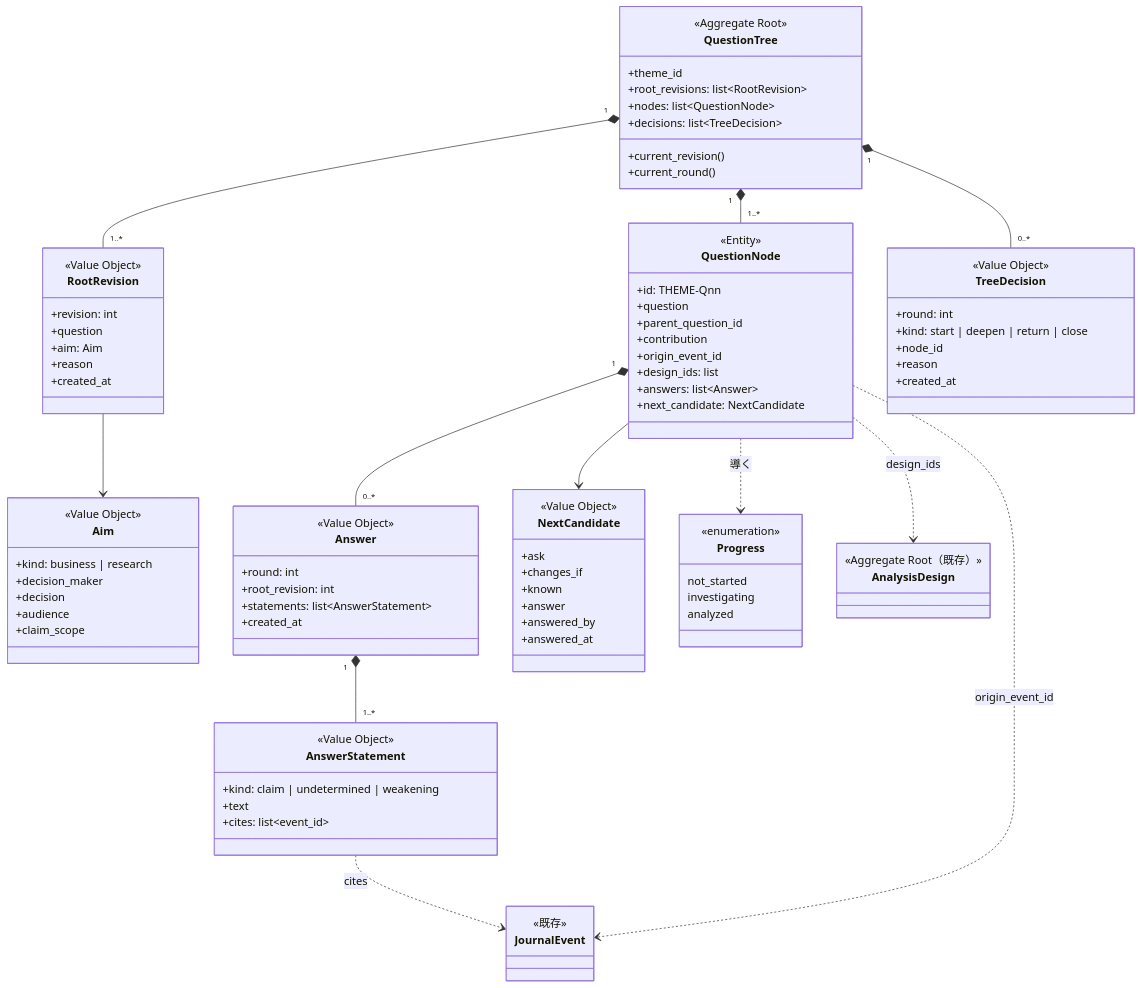
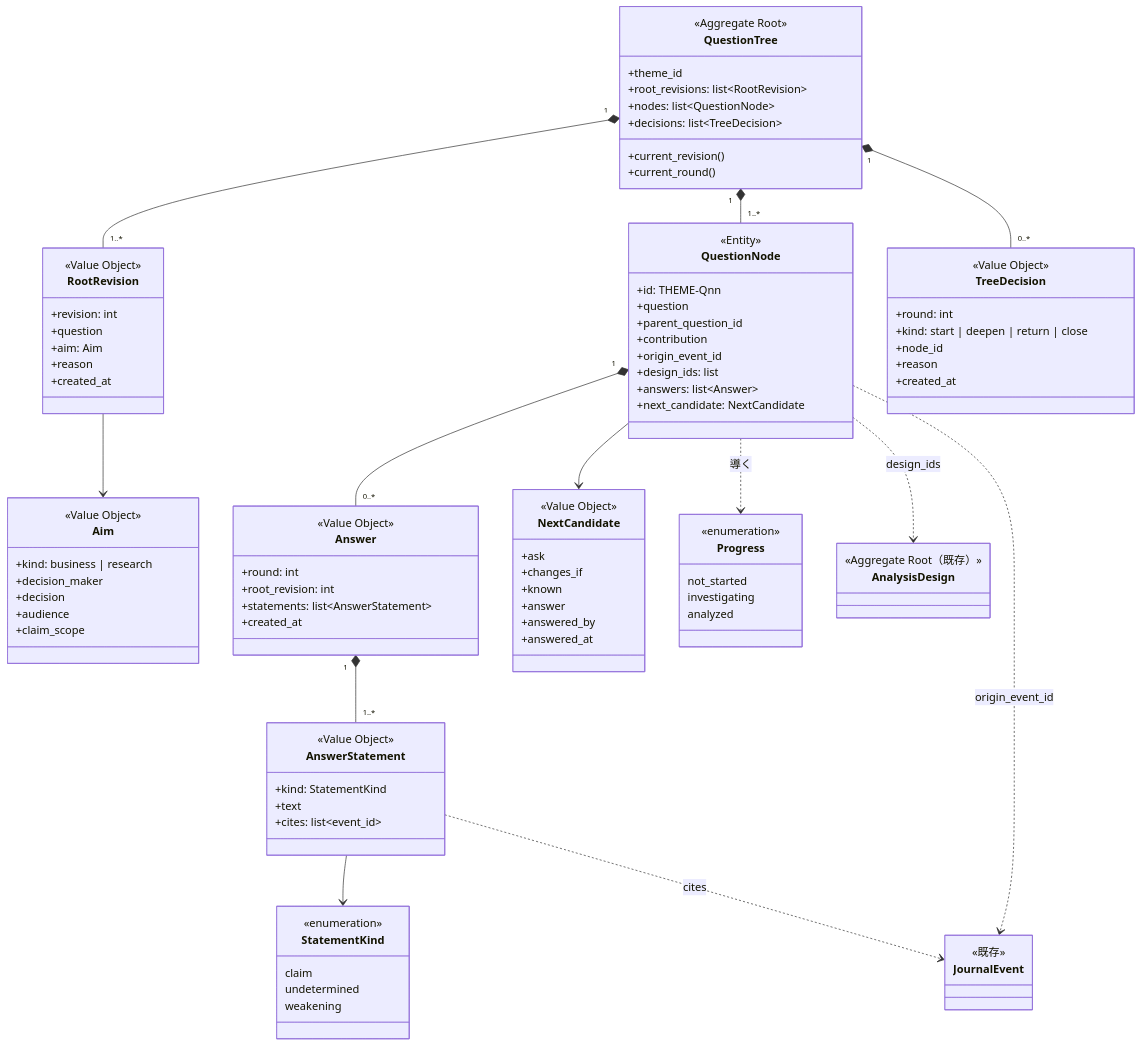
The second of 3 diagrams in docs/design/epic-18-question-tree.md (etoyama/insight-blueprint-skills), drawn with Mermaid before and after one commit. The commit also changed other lines of this file and 2 other files, not shown here.

Commit message:
docs(epic-18): Story 18.3 の決定、Test Design Matrix、Story Timeline、ARCHITECTURE と用語を更新する（#121）

```diff
--- a/docs/design/epic-18-question-tree.md
+++ b/docs/design/epic-18-question-tree.md
@@ -263,9 +264,15 @@
     }
     class AnswerStatement {
         <<Value Object>>
-        +kind: claim | undetermined | weakening
+        +kind: StatementKind
         +text
         +cites: list~event_id~
+    }
+    class StatementKind {
+        <<enumeration>>
+        claim
+        undetermined
+        weakening
     }
     class NextCandidate {
         <<Value Object>>
@@ -304,6 +311,7 @@
     QuestionNode "1" *-- "0..*" Answer
     QuestionNode --> NextCandidate
     Answer "1" *-- "1..*" AnswerStatement
+    AnswerStatement --> StatementKind
     QuestionNode ..> AnalysisDesign : design_ids
     AnswerStatement ..> JournalEvent : cites
     QuestionNode ..> JournalEvent : origin_event_id
```
